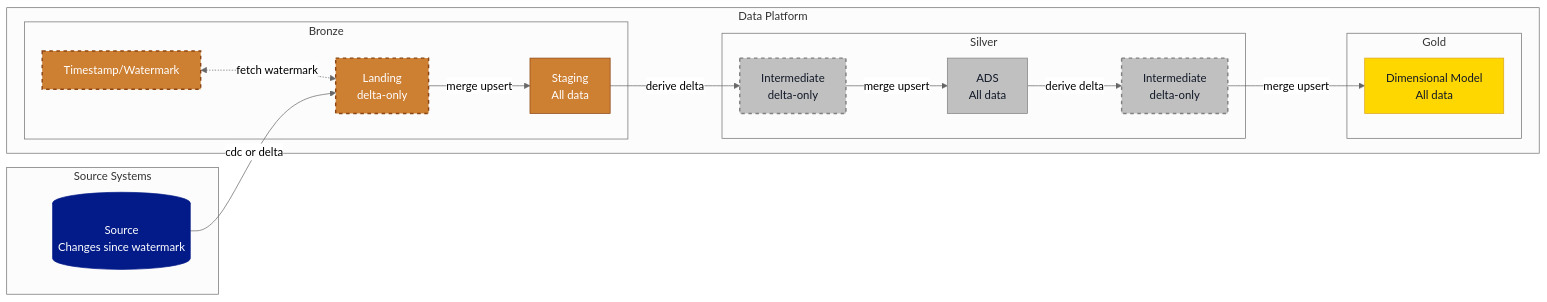
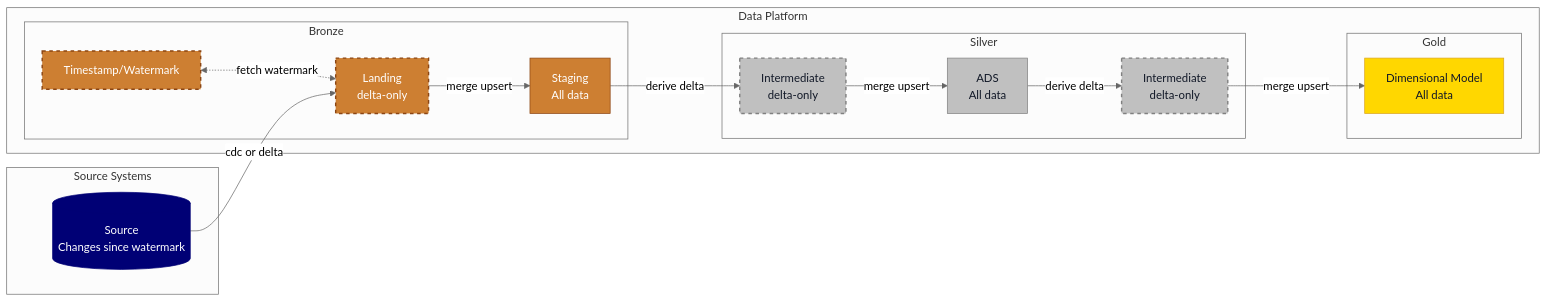
One commit to PlainsightPro/Vision-Playbook changed the second of 2 diagrams in docs/technical-guidelines/architectural-principles/data-sources-and-data-loading.md. Above: the diagram before and after it, drawn with Mermaid (neutral theme). The commit also changed 5 other files, not shown here.

First line of the commit message:
Fix Mermaid diagram colors to match brand guidelines

````diff
--- a/docs/technical-guidelines/architectural-principles/data-sources-and-data-loading.md
+++ b/docs/technical-guidelines/architectural-principles/data-sources-and-data-loading.md
@@ -80,40 +80,40 @@
 ```mermaid
 %%{init: { "flowchart": { "useMaxWidth": true } }}%%
 graph LR
   subgraph Source Systems
     S[(Source<br/>Changes since watermark)]:::all
   end
 
   subgraph Data Platform
     subgraph Bronze
       L[Landing<br/>delta-only]:::bronzeOptional
       W[Timestamp/Watermark]:::bronzeOptional
       B[Staging<br/>All data]:::bronze
     end
     subgraph Silver
       M1[Intermediate<br/>delta-only]:::silverOptional
       CONF[ADS<br/>All data]:::silver
       M2[Intermediate<br/>delta-only]:::silverOptional
     end
     subgraph Gold
       D[Dimensional Model<br/>All data]:::gold
     end
   end
 
 %% Flows
 W <-.->|fetch watermark| L
 S -->|cdc or delta| L
 L -->|merge upsert| B
 B -->|derive delta| M1
 M1 -->|merge upsert| CONF
 CONF -->|derive delta| M2
 M2 -->|merge upsert| D
 
 %% Styles
 classDef bronze fill:#CD7F32,stroke:#8B4513,stroke-width:1px,color:#FFFFFF;
 classDef bronzeOptional fill:#CD7F32,stroke:#8B4513,stroke-width:2px,stroke-dasharray:5 5,color:#FFFFFF;
 classDef silver fill:#C0C0C0,stroke:#808080,stroke-width:1px,color:#111827;
 classDef silverOptional fill:#C0C0C0,stroke:#808080,stroke-width:2px,stroke-dasharray:5 5,color:#111827;
 classDef gold fill:#FFD700,stroke:#DAA520,stroke-width:1px,color:#111827;
-classDef all fill:#031B89,stroke:#031B89,stroke-width:1px,color:#FFFFFF;
+classDef all fill:#000075,stroke:#000075,stroke-width:1px,color:#FFFFFF;
 ```
````
